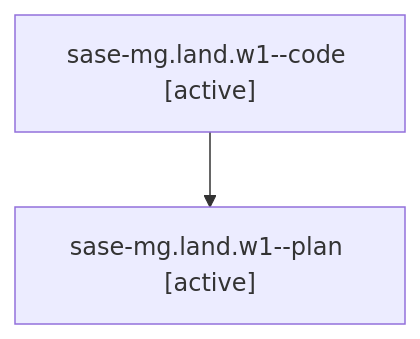
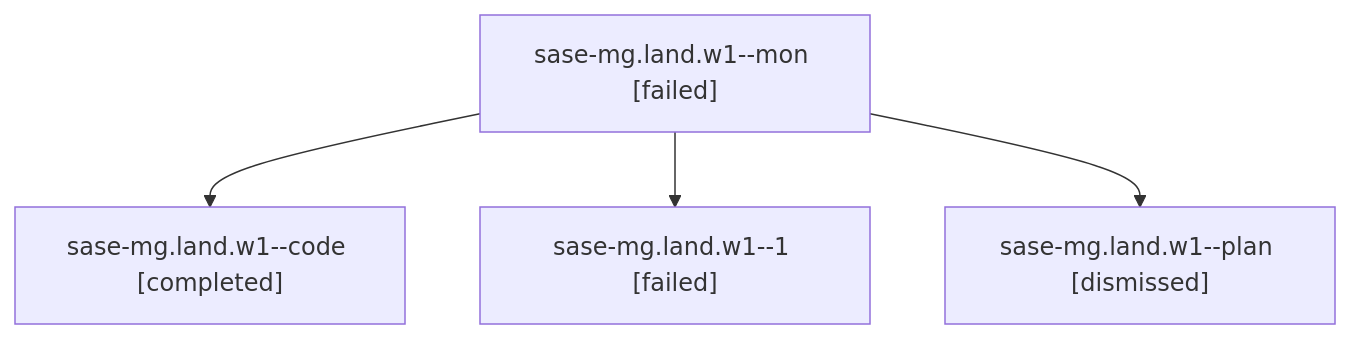
The diagram in families/bbugyi200.athena.sase-mg.land.w1.md (sase-org/sase--agents), drawn with Mermaid before and after one commit. The commit also changed other lines of this file and 204 other files, not shown here.

````diff
--- a/families/bbugyi200.athena.sase-mg.land.w1.md
+++ b/families/bbugyi200.athena.sase-mg.land.w1.md
@@ -9,6 +9,10 @@
 ```mermaid
 flowchart TD
-  n0["sase-mg.land.w1--code [active]"]
-  n1["sase-mg.land.w1--plan [active]"]
+  n0["sase-mg.land.w1--mon [failed]"]
+  n1["sase-mg.land.w1--code [completed]"]
   n0 --> n1
+  n2["sase-mg.land.w1--1 [failed]"]
+  n0 --> n2
+  n3["sase-mg.land.w1--plan [dismissed]"]
+  n0 --> n3
 ```
````
